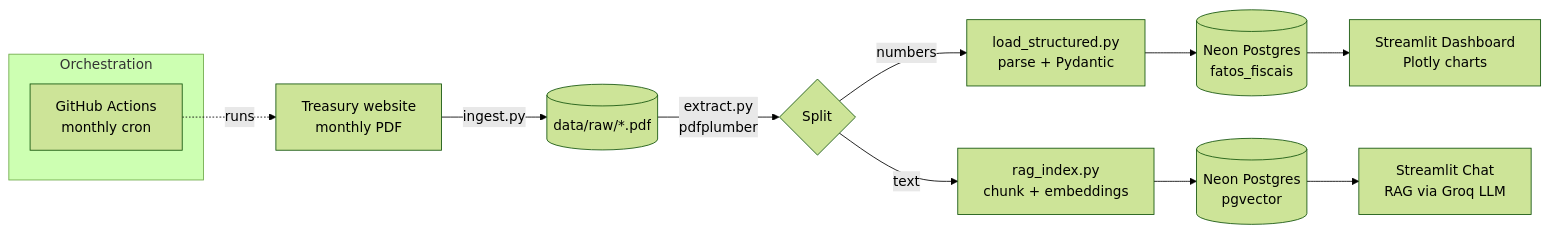
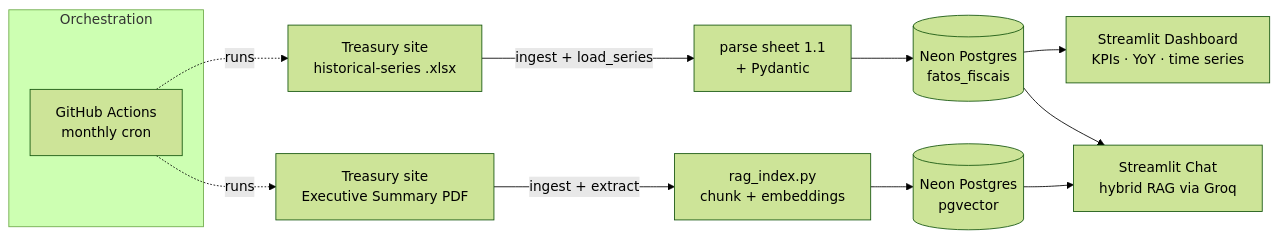
One commit to maatheussilvaaoliveiraa/rtn changed the diagram in README.md. Above: the diagram before and after it, drawn with Mermaid (forest theme). The commit also changed other lines of this file and 8 other files, not shown here.

First line of the commit message:
feat: official historical series, hybrid month-aware RAG, redesigned dashboard

````diff
--- a/README.md
+++ b/README.md
@@ -30,16 +35,16 @@
 ```mermaid
 flowchart LR
-    A[Treasury website<br/>monthly PDF] -->|ingest.py| B[(data/raw/*.pdf)]
-    B -->|extract.py<br/>pdfplumber| C{Split}
-    C -->|numbers| D[load_structured.py<br/>parse + Pydantic]
-    C -->|text| E[rag_index.py<br/>chunk + embeddings]
+    A[Treasury site<br/>historical-series .xlsx] -->|ingest + load_series| D[parse sheet 1.1<br/>+ Pydantic]
+    P[Treasury site<br/>Executive Summary PDF] -->|ingest + extract| E[rag_index.py<br/>chunk + embeddings]
     D --> F[(Neon Postgres<br/>fatos_fiscais)]
     E --> G[(Neon Postgres<br/>pgvector)]
-    F --> H[Streamlit Dashboard<br/>Plotly charts]
-    G --> I[Streamlit Chat<br/>RAG via Groq LLM]
+    F --> H[Streamlit Dashboard<br/>KPIs · YoY · time series]
+    F --> I
+    G --> I[Streamlit Chat<br/>hybrid RAG via Groq]
 
     subgraph Orchestration
         J[GitHub Actions<br/>monthly cron]
     end
     J -.runs.-> A
+    J -.runs.-> P
 ```
````
